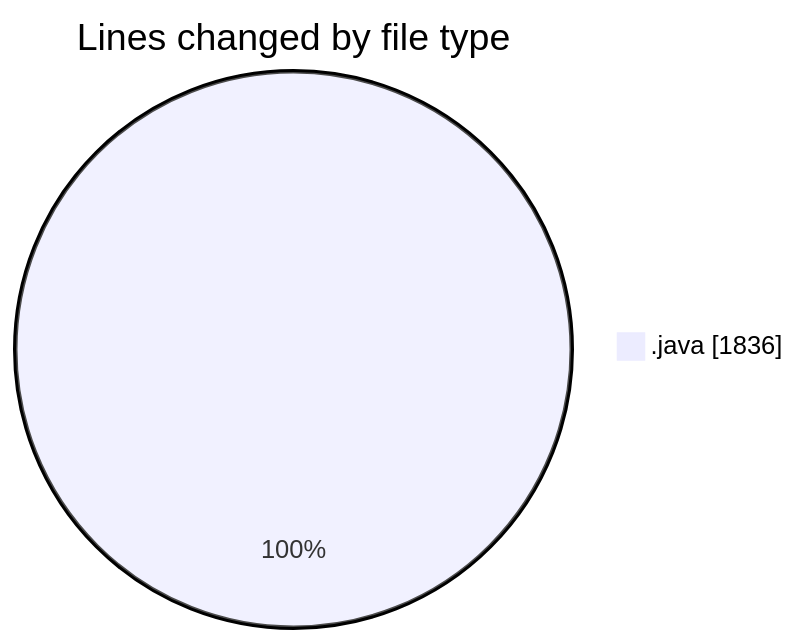
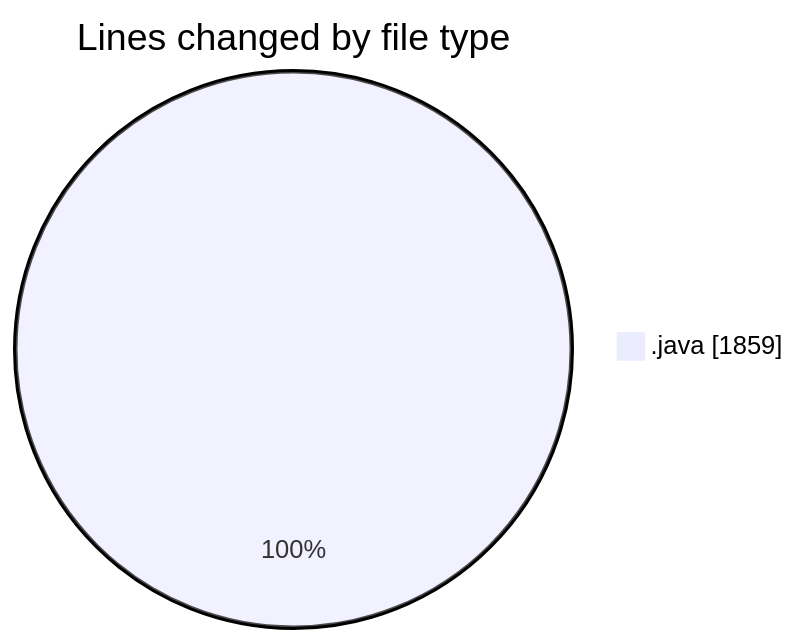
The first of 2 diagrams in 2026-09-08/cilapp/README.md (ricardozamudiocil/code-tracking), drawn with Mermaid before and after one commit. The commit also changed other lines of this file and 1 other file, not shown here.

````diff
--- a/2026-09-08/cilapp/README.md
+++ b/2026-09-08/cilapp/README.md
@@ -22,5 +22,5 @@
 ```mermaid
 pie showData
 title Lines changed by file type
-".java" : 1836
+".java" : 1859
 ```
````
